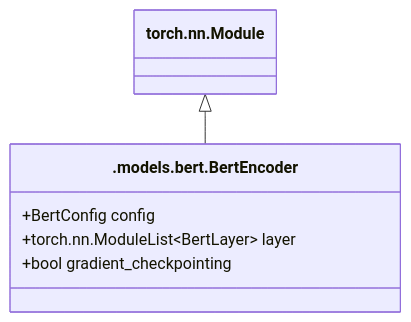
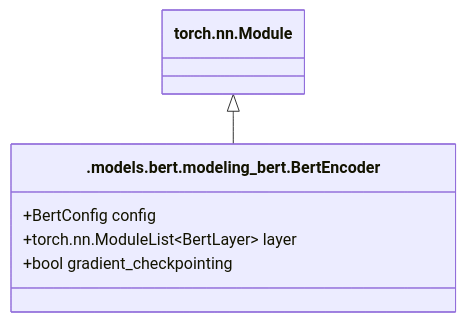
The third of 11 diagrams in BERT.md (coba-yu/transformers-from-pytorch), drawn with Mermaid before and after one commit. The commit also changed other lines of this file, not shown here.

First line of the commit message:
Update BERT.md

````diff
--- a/BERT.md
+++ b/BERT.md
@@ -198,11 +200,11 @@
 ```mermaid
 classDiagram
   class Module["torch.nn.Module"]
-  class BertEncoder[".models.bert.BertEncoder"] {
+  class BertEncoder[".models.bert.modeling_bert.BertEncoder"] {
     +BertConfig config
     +torch.nn.ModuleList~BertLayer~ layer
     +bool gradient_checkpointing
   }
 
   Module <|-- BertEncoder
 ```
````
